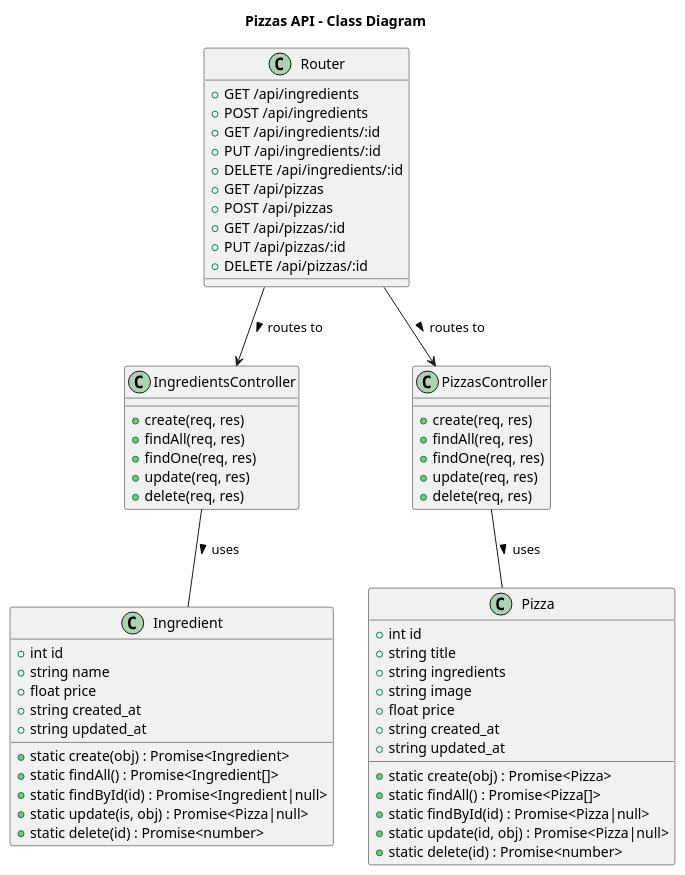
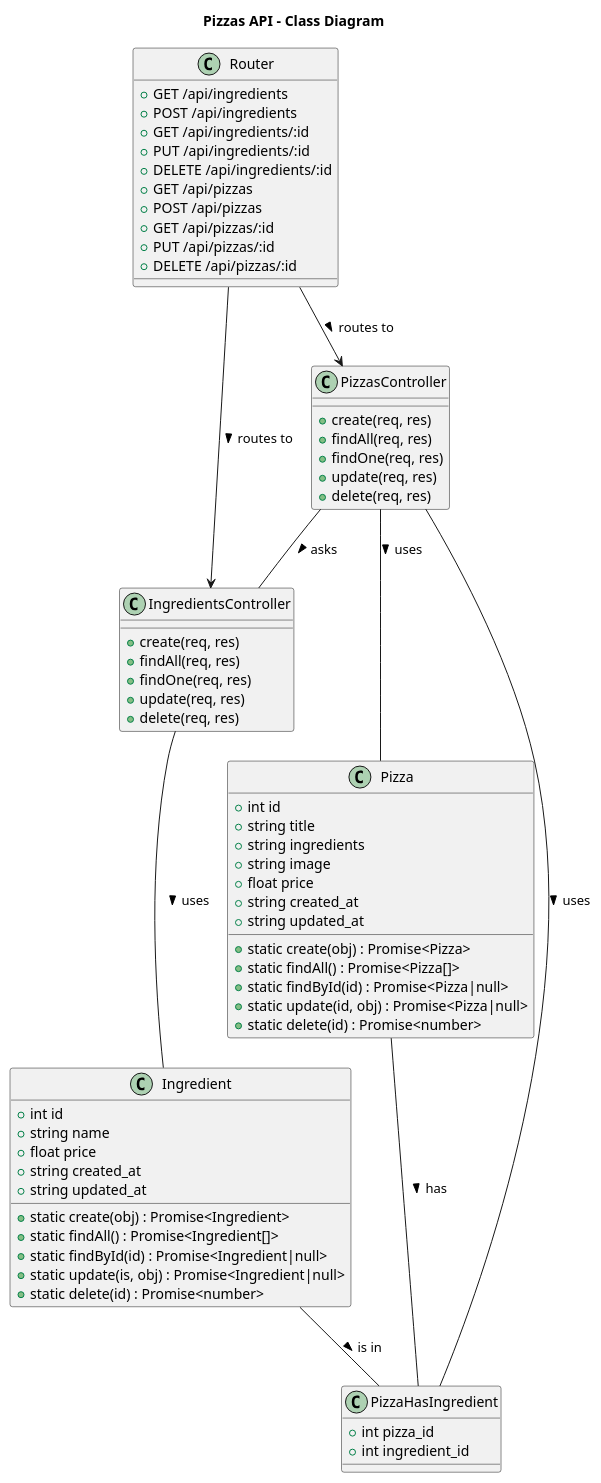
Before and after one commit to ThierryPerroud/I321-Perroud-Thierry: the diagram in docs/class_diagram.puml, drawn with PlantUML. The commit also changed 1 other file, not shown here.

Commit message:
Feat: created the pizza_has_ingredient table, and adapted the class diagram

```diff
--- a/docs/class_diagram.puml
+++ b/docs/class_diagram.puml
@@ -1,67 +1,77 @@
 @startuml
 title Pizzas API - Class Diagram
 
 class Ingredient {
   +int id
   +string name
   +float price
   +string created_at
   +string updated_at
   +static create(obj) : Promise<Ingredient>
   +static findAll() : Promise<Ingredient[]>
   +static findById(id) : Promise<Ingredient|null>
-  +static update(is, obj) : Promise<Pizza|null>
+  +static update(is, obj) : Promise<Ingredient|null>
   +static delete(id) : Promise<number>
 }
 
 class Pizza {
   +int id
   +string title
   +string ingredients
   +string image
   +float price
   +string created_at
   +string updated_at
   +static create(obj) : Promise<Pizza>
   +static findAll() : Promise<Pizza[]>
   +static findById(id) : Promise<Pizza|null>
   +static update(id, obj) : Promise<Pizza|null>
   +static delete(id) : Promise<number>
+}
+
+class PizzaHasIngredient {
+  +int pizza_id
+  +int ingredient_id
 }
 
 class IngredientsController {
   +create(req, res)
   +findAll(req, res)
   +findOne(req, res)
   +update(req, res)
   +delete(req, res)
 }
 
 class PizzasController {
   +create(req, res)
   +findAll(req, res)
   +findOne(req, res)
   +update(req, res)
   +delete(req, res)
 }
 
 class Router {
   +GET /api/ingredients
   +POST /api/ingredients
   +GET /api/ingredients/:id
   +PUT /api/ingredients/:id
   +DELETE /api/ingredients/:id
   +GET /api/pizzas
   +POST /api/pizzas
   +GET /api/pizzas/:id
   +PUT /api/pizzas/:id
   +DELETE /api/pizzas/:id
 }
 
 IngredientsController -- Ingredient : uses >
 Router --> IngredientsController : routes to >
 
 PizzasController -- Pizza : uses >
+PizzasController -- PizzaHasIngredient : uses >
+PizzasController -- IngredientsController : asks >
 Router --> PizzasController : routes to >
 
+Ingredient -- PizzaHasIngredient : is in >
+Pizza -- PizzaHasIngredient : has >
+
 @enduml
```
